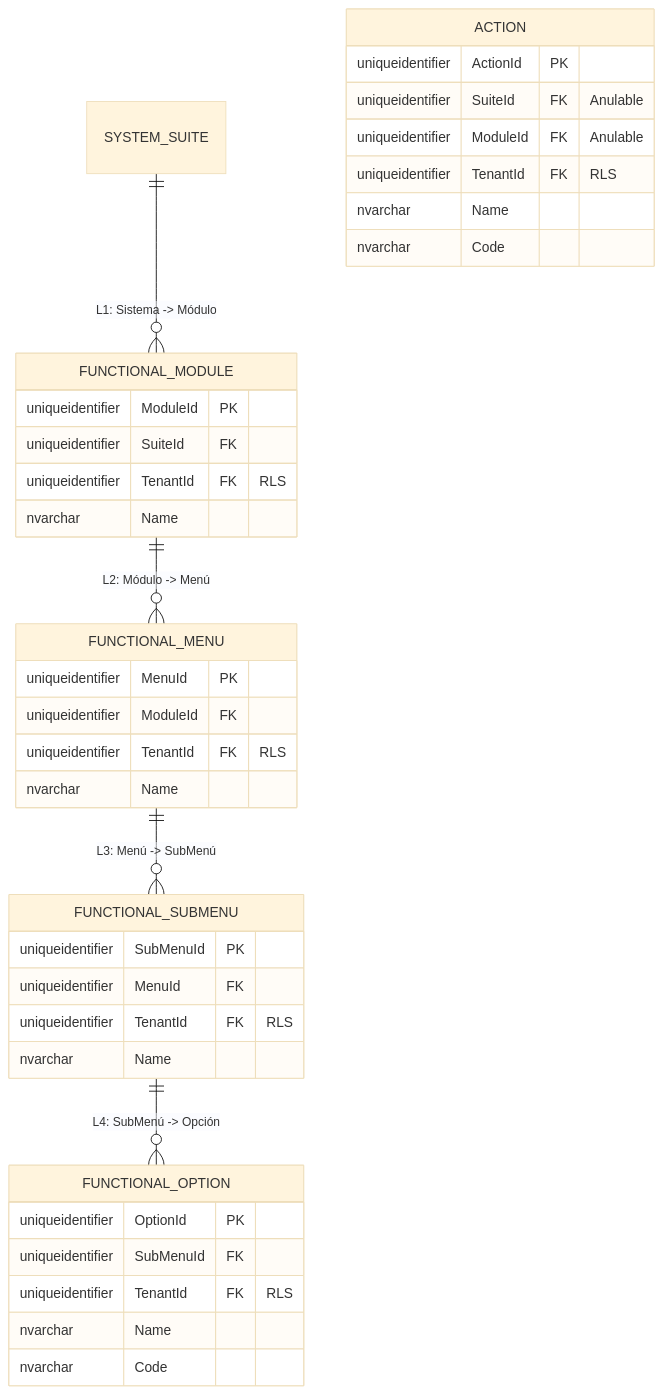
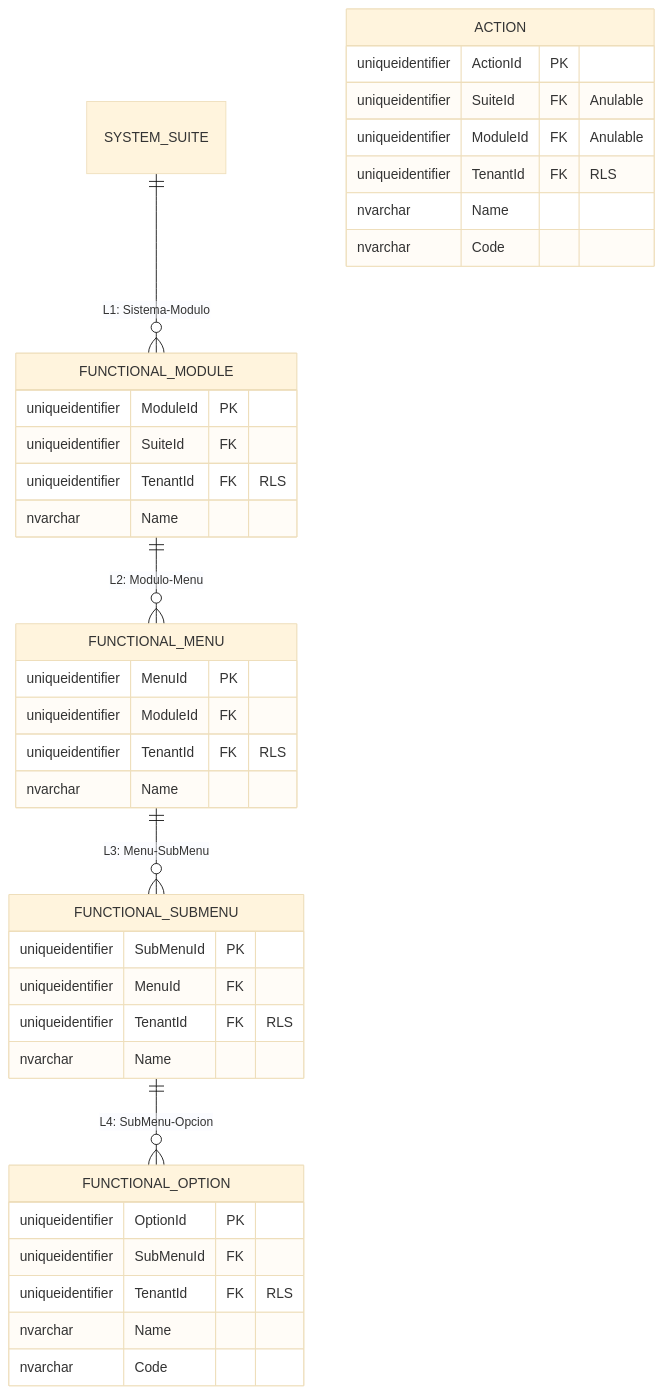
One commit to beyondnetcode/ums changed the third of 5 diagrams in docs/architecture/blueprints-es/database-design-er.md. Above: the diagram before and after it, drawn with Mermaid (base theme). The commit also changed other lines of this file and 1 other file, not shown here.

Commit message:
fix(diagrams): repair broken Mermaid labels in ER diagrams (EN/ES)
- Section 3.1: replace slash in relationship label (onboards/approves)
  Mermaid treats / as a special character inside labels
- Section 3.3: replace arrow operator -> inside relationship labels
  (L1: System -> Module) Mermaid parses -> as a flow operator, not text

````diff
--- a/docs/architecture/blueprints-es/database-design-er.md
+++ b/docs/architecture/blueprints-es/database-design-er.md
@@ -121,45 +121,45 @@
 ```mermaid
 erDiagram
-    SYSTEM_SUITE ||--o{ FUNCTIONAL_MODULE : "L1: Sistema -> Módulo"
-    FUNCTIONAL_MODULE ||--o{ FUNCTIONAL_MENU : "L2: Módulo -> Menú"
-    FUNCTIONAL_MENU ||--o{ FUNCTIONAL_SUBMENU : "L3: Menú -> SubMenú"
-    FUNCTIONAL_SUBMENU ||--o{ FUNCTIONAL_OPTION : "L4: SubMenú -> Opción"
+    SYSTEM_SUITE ||--o{ FUNCTIONAL_MODULE : "L1: Sistema-Modulo"
+    FUNCTIONAL_MODULE ||--o{ FUNCTIONAL_MENU : "L2: Modulo-Menu"
+    FUNCTIONAL_MENU ||--o{ FUNCTIONAL_SUBMENU : "L3: Menu-SubMenu"
+    FUNCTIONAL_SUBMENU ||--o{ FUNCTIONAL_OPTION : "L4: SubMenu-Opcion"
     
     FUNCTIONAL_MODULE {
         uniqueidentifier ModuleId PK
         uniqueidentifier SuiteId FK
         uniqueidentifier TenantId FK "RLS"
         nvarchar Name
     }
     
     FUNCTIONAL_MENU {
         uniqueidentifier MenuId PK
         uniqueidentifier ModuleId FK
         uniqueidentifier TenantId FK "RLS"
         nvarchar Name
     }
 
     FUNCTIONAL_SUBMENU {
         uniqueidentifier SubMenuId PK
         uniqueidentifier MenuId FK
         uniqueidentifier TenantId FK "RLS"
         nvarchar Name
     }
     
     FUNCTIONAL_OPTION {
         uniqueidentifier OptionId PK
         uniqueidentifier SubMenuId FK
         uniqueidentifier TenantId FK "RLS"
         nvarchar Name
         nvarchar Code
     }
 
     ACTION {
         uniqueidentifier ActionId PK
         uniqueidentifier SuiteId FK "Anulable"
         uniqueidentifier ModuleId FK "Anulable"
         uniqueidentifier TenantId FK "RLS"
         nvarchar Name
         nvarchar Code
     }
 ```
````
